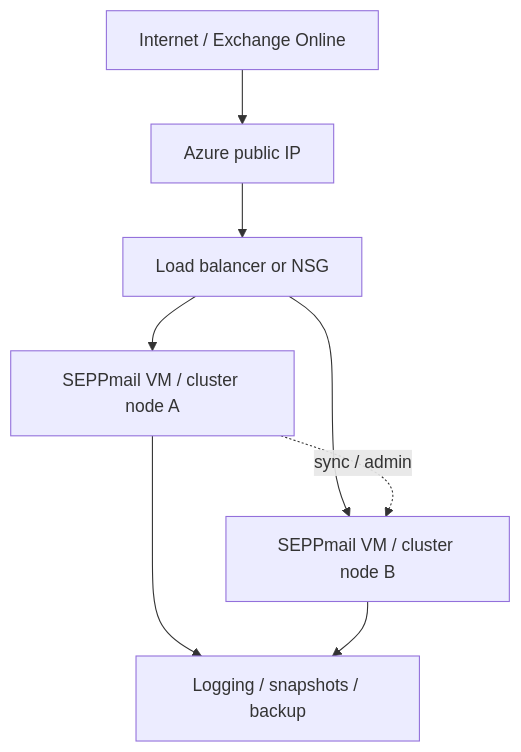
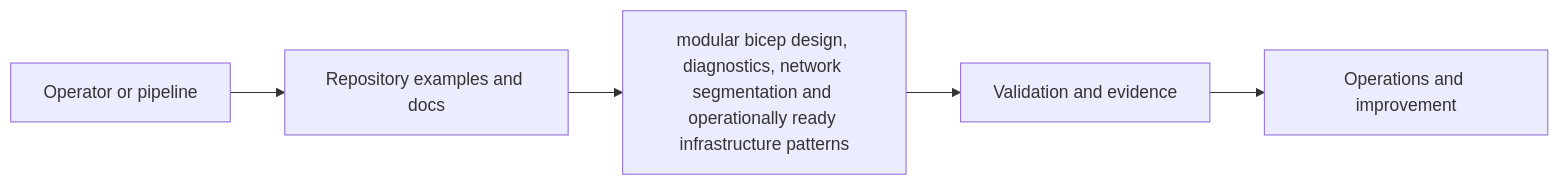
Before and after one commit to Synedat/Seppmail-IaC-bicep-examples: the diagram in README.md, drawn with Mermaid. The commit also changed other lines of this file and 79 other files, not shown here.

````diff
--- a/README.md
+++ b/README.md
@@ -30,10 +79,7 @@
 ```mermaid
-flowchart TB
-    A[Internet / Exchange Online] --> B[Azure public IP]
-    B --> C[Load balancer or NSG]
-    C --> D[SEPPmail VM / cluster node A]
-    C --> E[SEPPmail VM / cluster node B]
-    D -. sync / admin .-> E
-    D --> F[Logging / snapshots / backup]
-    E --> F
+flowchart LR
+    A[Operator or pipeline] --> B[Repository examples and docs]
+    B --> C[modular bicep design, diagnostics, network segmentation and operationally ready infrastructure patterns]
+    C --> D[Validation and evidence]
+    D --> E[Operations and improvement]
 ```
````
